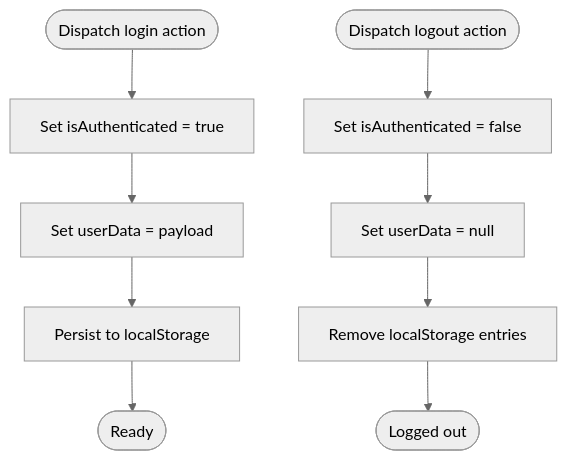
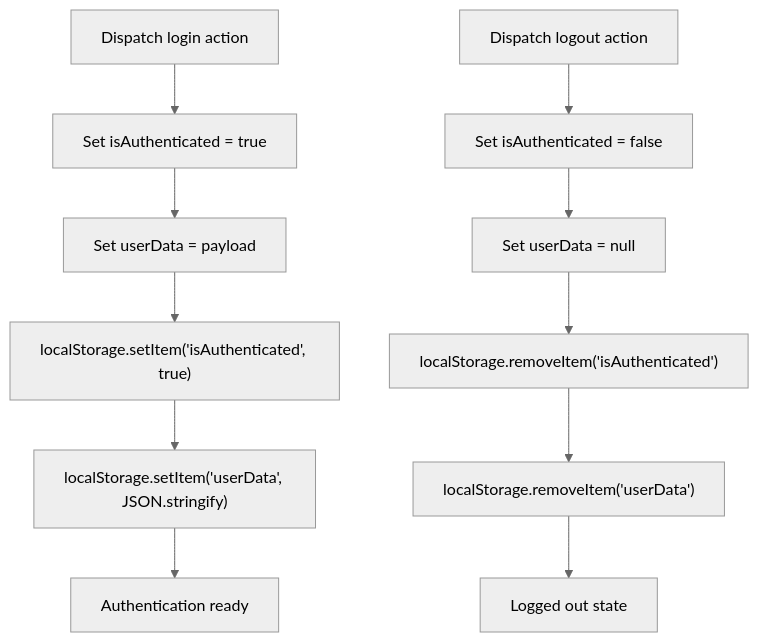
The seventh of 11 diagrams in .qoder/repowiki/en/content/Authentication & Authorization/Authentication & Authorization.md (Aryan9060/Timetable-Project), drawn with Mermaid (neutral theme) before and after one commit. The commit also changed other lines of this file and 15 other files, not shown here.

````diff
--- a/.qoder/repowiki/en/content/Authentication & Authorization/Authentication & Authorization.md
+++ b/.qoder/repowiki/en/content/Authentication & Authorization/Authentication & Authorization.md
@@ -175,11 +368,13 @@
 ```mermaid
 flowchart TD
-Start(["Dispatch login action"]) --> SetAuth["Set isAuthenticated = true"]
+LoginAction["Dispatch login action"] --> SetAuth["Set isAuthenticated = true"]
 SetAuth --> SetUser["Set userData = payload"]
-SetUser --> Persist["Persist to localStorage"]
-Persist --> End(["Ready"])
-LogoutStart(["Dispatch logout action"]) --> ClearAuth["Set isAuthenticated = false"]
+SetUser --> Persist["localStorage.setItem('isAuthenticated', true)"]
+Persist --> PersistUser["localStorage.setItem('userData', JSON.stringify)"]
+PersistUser --> Ready["Authentication ready"]
+LogoutAction["Dispatch logout action"] --> ClearAuth["Set isAuthenticated = false"]
 ClearAuth --> ClearUser["Set userData = null"]
-ClearUser --> RemovePersist["Remove localStorage entries"]
-RemovePersist --> LogoutEnd(["Logged out"])
+ClearUser --> RemoveAuth["localStorage.removeItem('isAuthenticated')"]
+RemoveAuth --> RemoveUser["localStorage.removeItem('userData')"]
+RemoveUser --> LoggedOut["Logged out state"]
 ```
````
